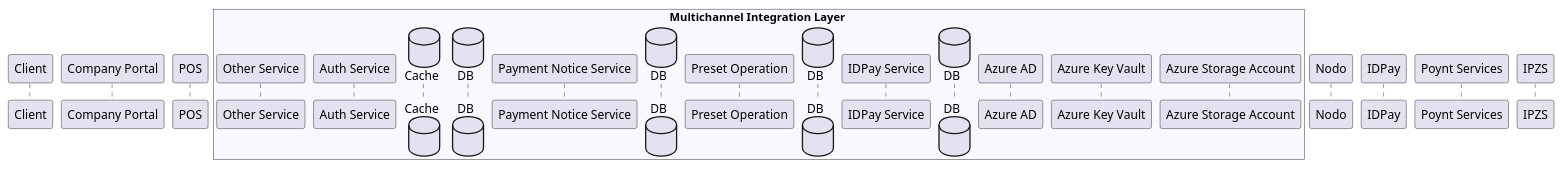
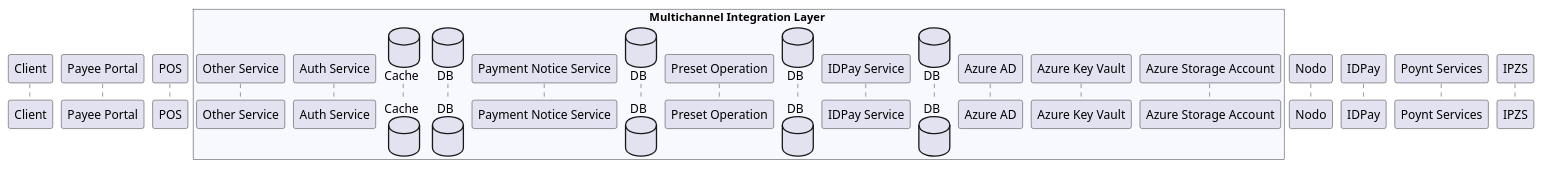
One commit to pagopa/mil-diags changed the diagram in sequence_diags/common/actors.puml. Above: the diagram before and after it, drawn with PlantUML. The commit also changed 52 other files, not shown here.

```diff
--- a/sequence_diags/common/actors.puml
+++ b/sequence_diags/common/actors.puml
@@ -1,31 +1,31 @@
 participant "Client" as Client
 
-participant "Company Portal" as Portal
+participant "Payee Portal" as Portal
 
 participant "POS" as Pos
 
 box Multichannel Integration Layer #GhostWhite
     participant "Other Service" as Other
     
     participant "Auth Service" as IdpSrv
     database "Cache" as IdpCache
     database "DB" as IdpDB
 	
 	participant "Payment Notice Service" as NoticeSrv
 	database "DB" as NoticeDB
 	
 	participant "Preset Operation" as PresetSrv
 	database "DB" as PresetDB
 	
 	participant "IDPay Service" as IDPaySrv
 	database "DB" as IDPayDB
 	
 	participant "Azure AD" as AzureAD
 	participant "Azure Key Vault" as AzureKV
 	participant "Azure Storage Account" as AzureST
 end box
 
 participant "Nodo" as Nodo
 participant "IDPay" as IDPay
 participant "Poynt Services" as Poynt
 participant "IPZS" as IPZS
```
